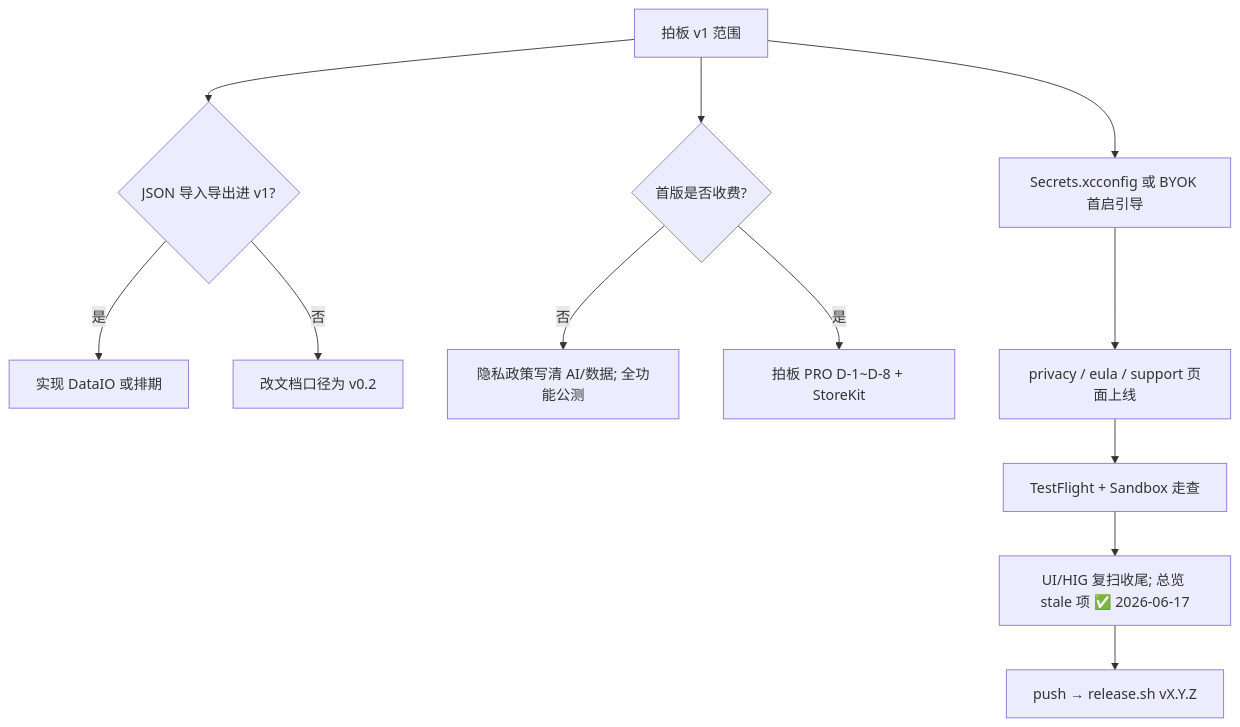
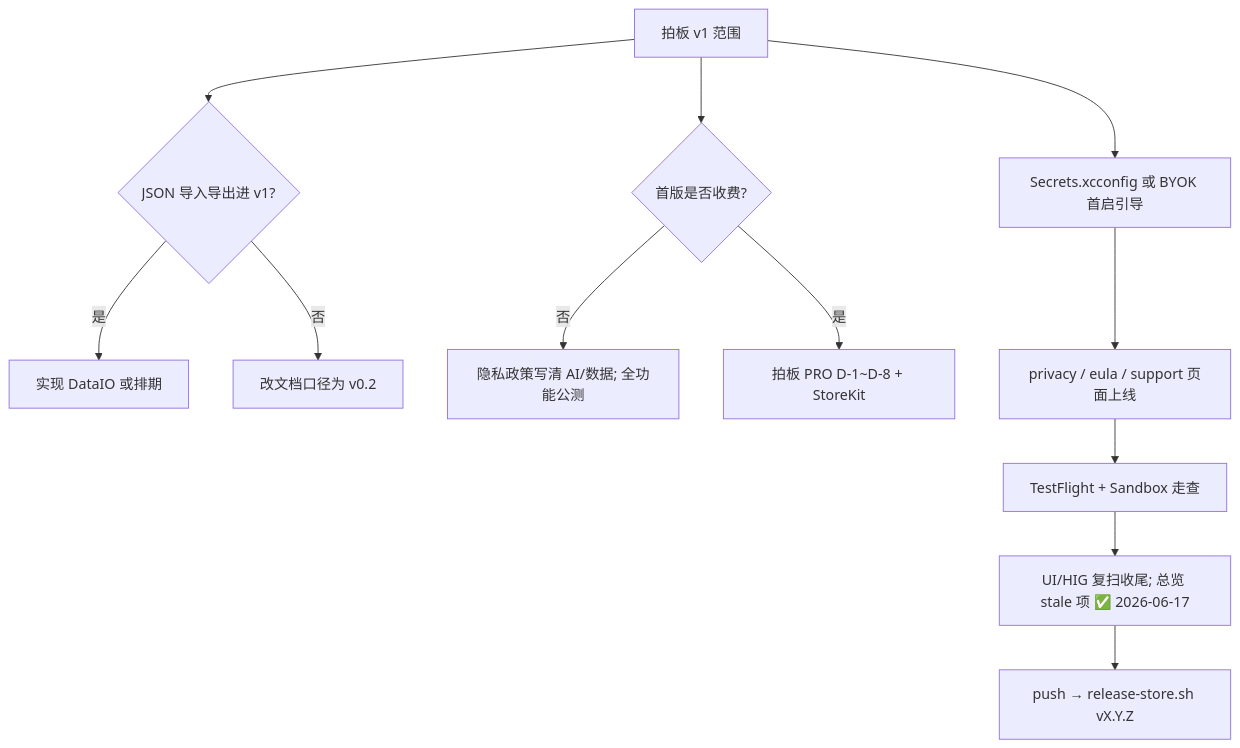
Before and after one commit to starcat-app/Starcat: the diagram in docs/6-发版与上架/v1-上架检查清单.md, drawn with Mermaid. The commit also changed other lines of this file and 15 other files, not shown here.

````diff
--- a/docs/6-发版与上架/v1-上架检查清单.md
+++ b/docs/6-发版与上架/v1-上架检查清单.md
@@ -290,14 +290,14 @@
 ```mermaid
 flowchart TD
   A[拍板 v1 范围] --> B{JSON 导入导出进 v1?}
   B -->|是| C[实现 DataIO 或排期]
   B -->|否| D[改文档口径为 v0.2]
   A --> E{首版是否收费?}
   E -->|否| F[隐私政策写清 AI/数据; 全功能公测]
   E -->|是| G[拍板 PRO D-1~D-8 + StoreKit]
   A --> H[Secrets.xcconfig 或 BYOK 首启引导]
   H --> I[privacy / eula / support 页面上线]
   I --> J[TestFlight + Sandbox 走查]
   J --> K[UI/HIG 复扫收尾; 总览 stale 项 ✅ 2026-06-17]
-  K --> L[push → release.sh vX.Y.Z]
+  K --> L[push → release-store.sh vX.Y.Z]
 ```
````
